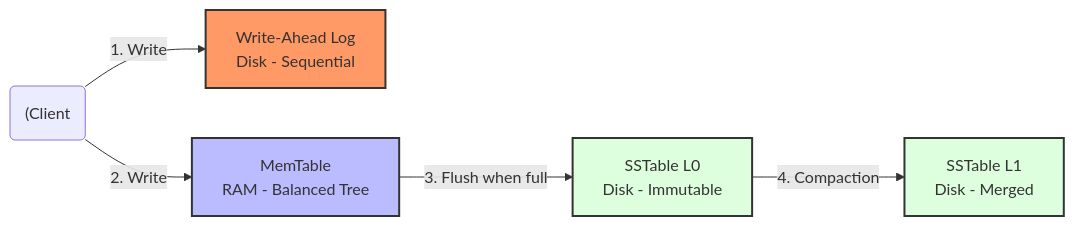
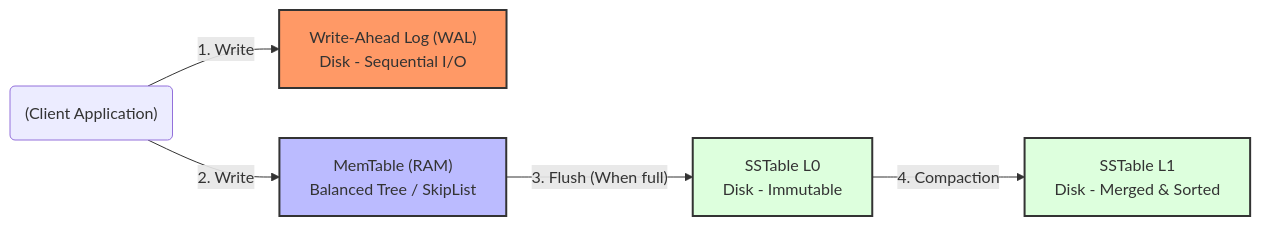
Before and after one commit to kythuatdulieu/kythuatdulieu.github.io: the second of 2 diagrams in src/content/docs/concepts/3-storage-engines-formats/b-tree-vs-lsm-tree.md, drawn with Mermaid. The commit also changed other lines of this file and 213 other files, not shown here.

Commit message:
Fix syntax and rewrite 200+ concepts docs to deep-dive system architecture and add GA4 tracking to quiz app

````diff
--- a/src/content/docs/concepts/3-storage-engines-formats/b-tree-vs-lsm-tree.md
+++ b/src/content/docs/concepts/3-storage-engines-formats/b-tree-vs-lsm-tree.md
@@ -59,12 +60,12 @@
 ```mermaid
 flowchart LR
-    Client("(Client") --> |1. Write| WAL["Write-Ahead Log<br/>Disk - Sequential"]
-    Client --> |2. Write| MemTable["MemTable<br/>RAM - Balanced Tree"]
-    MemTable --> |3. Flush when full| SST1["SSTable L0<br/>Disk - Immutable"]
-    SST1 --> |4. Compaction| SST2["SSTable L1<br/>Disk - Merged"]
+    Client("(Client Application)") --> |1. Write| WAL["Write-Ahead Log (WAL)<br/>Disk - Sequential I/O"]
+    Client --> |2. Write| MemTable["MemTable (RAM)<br/>Balanced Tree / SkipList"]
+    MemTable --> |"3. Flush (When full)"| SST1["SSTable L0<br/>Disk - Immutable"]
+    SST1 --> |4. Compaction| SST2["SSTable L1<br/>Disk - Merged & Sorted"]
     
     style MemTable fill:#bbf,stroke:#333,stroke-width:2px
     style WAL fill:#f96,stroke:#333,stroke-width:2px
     style SST1 fill:#dfd,stroke:#333,stroke-width:2px
     style SST2 fill:#dfd,stroke:#333,stroke-width:2px
 ```
````
